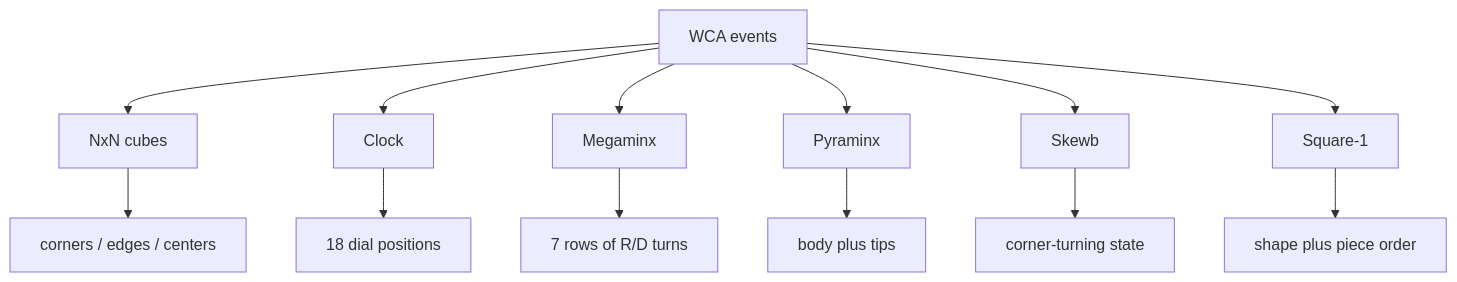
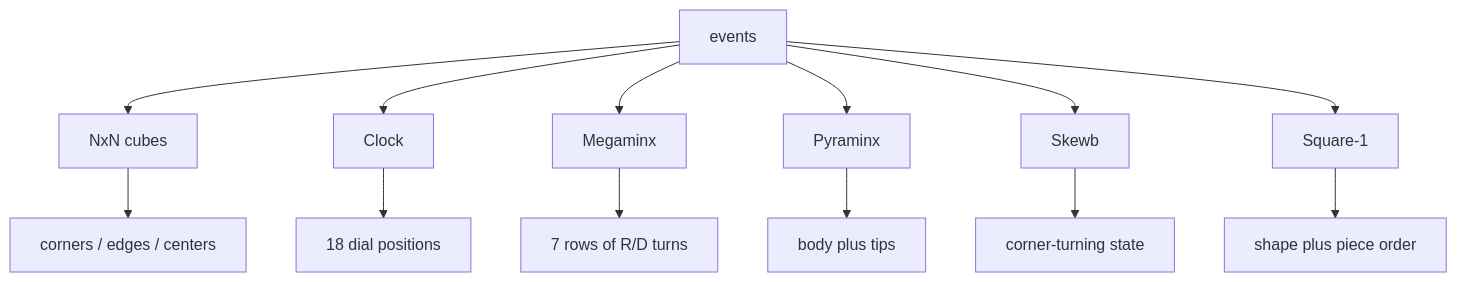
Before and after one commit to deweyou/cube-kit: the diagram in apps/scramble-docs/docs/event-families.md, drawn with Mermaid. The commit also changed 121 other files, not shown here.

````diff
--- a/apps/scramble-docs/docs/event-families.md
+++ b/apps/scramble-docs/docs/event-families.md
@@ -3,15 +3,15 @@
 ```mermaid
 flowchart TD
-    Events["WCA events"] --> Cubes["NxN cubes"]
+    Events["events"] --> Cubes["NxN cubes"]
     Events --> Clock["Clock"]
     Events --> Minx["Megaminx"]
     Events --> Pyra["Pyraminx"]
     Events --> Skewb["Skewb"]
     Events --> Sq1["Square-1"]
     Cubes --> CubeState["corners / edges / centers"]
     Clock --> ClockState["18 dial positions"]
     Minx --> MinxRows["7 rows of R/D turns"]
     Pyra --> PyraState["body plus tips"]
     Skewb --> SkewbState["corner-turning state"]
     Sq1 --> Sq1State["shape plus piece order"]
 ```
````
